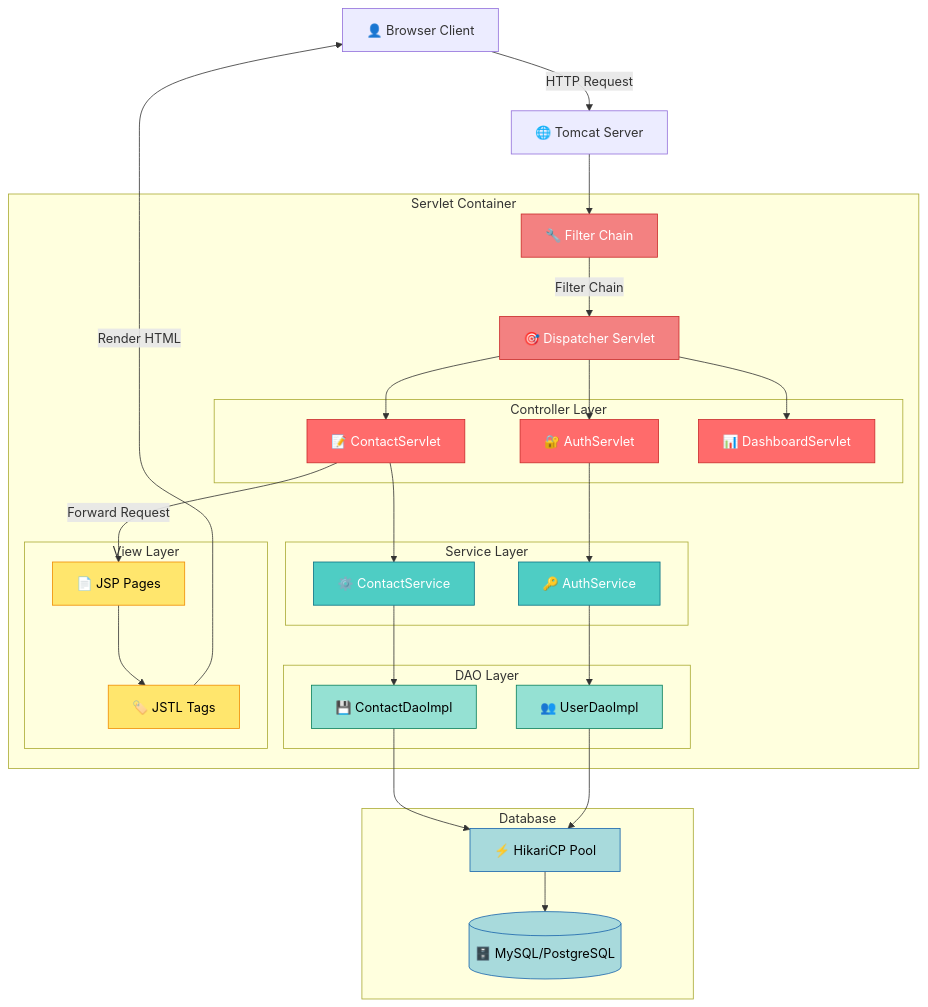
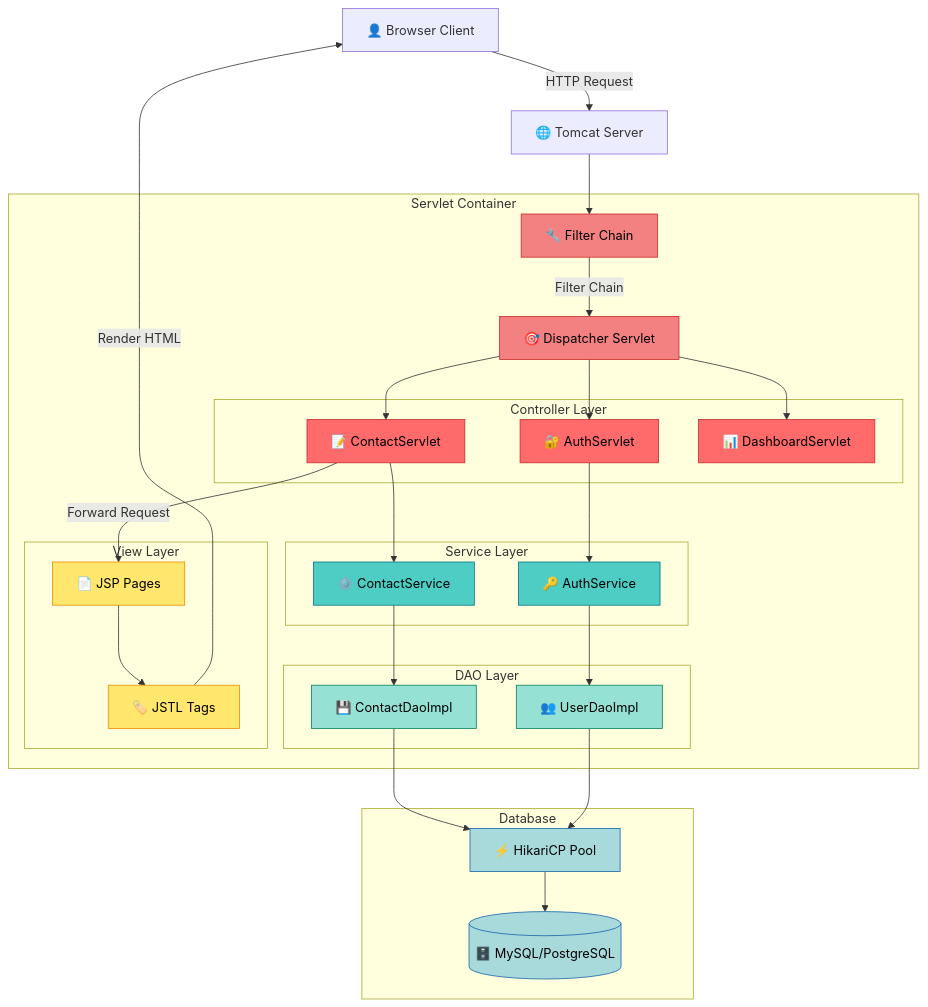
Before and after one commit to wienans/example-repo: the first of 6 diagrams in .agents/skills/mermaid-architect/examples/java-webapp/README.md, drawn with Mermaid. The commit also changed other lines of this file and 58 other files, not shown here.

First line of the commit message:
feat(skills): merge mastery-of-mermaid into mermaid-architect

````diff
--- a/.agents/skills/mermaid-architect/examples/java-webapp/README.md
+++ b/.agents/skills/mermaid-architect/examples/java-webapp/README.md
@@ -83,72 +83,72 @@
 ```mermaid
 graph TB
     Client[👤 Browser Client]
     Server[🌐 Tomcat Server]
 
     subgraph "Servlet Container"
         Filters[🔧 Filter Chain]
         DispatchServlet[🎯 Dispatcher Servlet]
 
         subgraph "Controller Layer"
             ContactCtrl[📝 ContactServlet]
             AuthCtrl[🔐 AuthServlet]
             DashboardCtrl[📊 DashboardServlet]
         end
 
         subgraph "Service Layer"
             ContactSvc[⚙️ ContactService]
             AuthSvc[🔑 AuthService]
         end
 
         subgraph "DAO Layer"
             ContactDAO[💾 ContactDaoImpl]
             UserDAO[👥 UserDaoImpl]
         end
 
         subgraph "View Layer"
             JSP[📄 JSP Pages]
             JSTL[🏷️ JSTL Tags]
         end
     end
 
     subgraph "Database"
         DB[(🗄️ MySQL/PostgreSQL)]
         ConnPool[⚡ HikariCP Pool]
     end
 
     Client -->|HTTP Request| Server
     Server --> Filters
     Filters -->|Filter Chain| DispatchServlet
 
     DispatchServlet --> ContactCtrl
     DispatchServlet --> AuthCtrl
     DispatchServlet --> DashboardCtrl
 
     ContactCtrl --> ContactSvc
     AuthCtrl --> AuthSvc
 
     ContactSvc --> ContactDAO
     AuthSvc --> UserDAO
 
     ContactDAO --> ConnPool
     UserDAO --> ConnPool
     ConnPool --> DB
 
     ContactCtrl -->|Forward Request| JSP
     JSP --> JSTL
     JSTL -->|Render HTML| Client
 
-    classDef controller fill:#FF6B6B,stroke:#C92A2A,color:#fff
-    classDef service fill:#4ECDC4,stroke:#0B7285,color:#fff
+    classDef controller fill:#FF6B6B,stroke:#C92A2A,color:#000
+    classDef service fill:#4ECDC4,stroke:#0B7285,color:#000
     classDef dao fill:#95E1D3,stroke:#087F5B,color:#000
     classDef view fill:#FFE66D,stroke:#F08C00,color:#000
     classDef db fill:#A8DADC,stroke:#1864AB,color:#000
-    classDef filter fill:#F38181,stroke:#C92A2A,color:#fff
+    classDef filter fill:#F38181,stroke:#C92A2A,color:#000
 
     class ContactCtrl,AuthCtrl,DashboardCtrl controller
     class ContactSvc,AuthSvc service
     class ContactDAO,UserDAO dao
     class JSP,JSTL view
     class DB,ConnPool db
     class Filters,DispatchServlet filter
 ```
````
